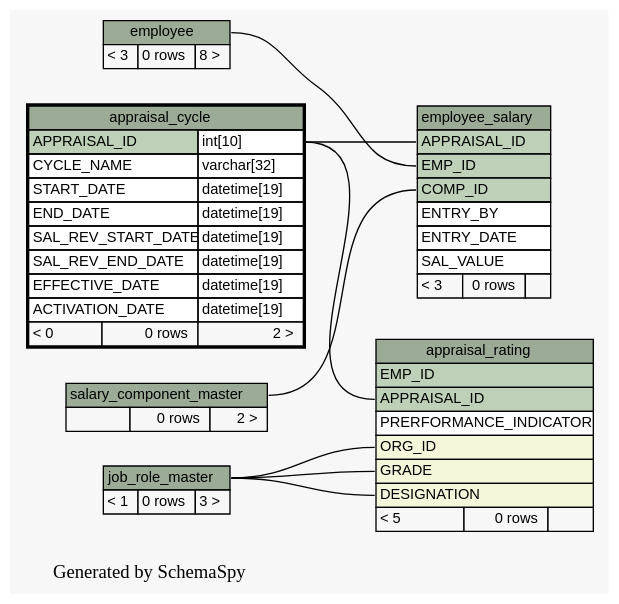
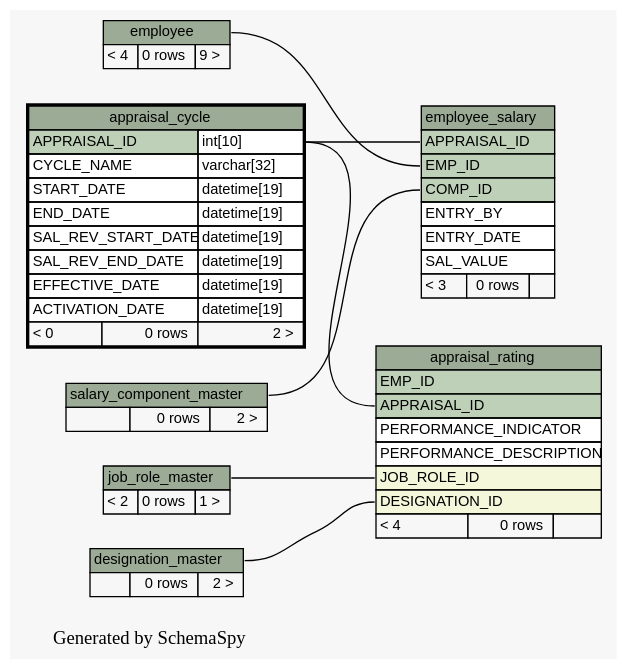
Before and after one commit to engineerscraft/hrms: the diagram in docs/database/schemaspy/graphs/appraisal_cycle.2degrees.dot, drawn with Graphviz. The commit also changed 201 other files, not shown here.

```diff
--- a/docs/database/schemaspy/graphs/appraisal_cycle.2degrees.dot
+++ b/docs/database/schemaspy/graphs/appraisal_cycle.2degrees.dot
@@ -1,98 +1,106 @@
 // dot 2.38.0 on Windows 7 6.1
 digraph "twoDegreesRelationshipsGraph" {
   graph [
     rankdir="RL"
     bgcolor="#f7f7f7"
     label="\nGenerated by SchemaSpy"
     labeljust="l"
   ];
   node [
     fontname="Helvetica"
     fontsize="11"
     shape="plaintext"
   ];
   edge [
     arrowsize="0.8"
   ];
   "appraisal_rating":"APPRAISAL_ID":w -> "appraisal_cycle":"APPRAISAL_ID.type":e [arrowtail=crowtee arrowhead=none];
-  "appraisal_rating":"DESIGNATION":w -> "job_role_master":"job_role_master.heading":e [arrowtail=crowodot arrowhead=none];
-  "appraisal_rating":"GRADE":w -> "job_role_master":"job_role_master.heading":e [arrowtail=crowodot arrowhead=none];
-  "appraisal_rating":"ORG_ID":w -> "job_role_master":"job_role_master.heading":e [arrowtail=crowodot arrowhead=none];
+  "appraisal_rating":"DESIGNATION_ID":w -> "designation_master":"designation_master.heading":e [arrowtail=crowodot arrowhead=none];
+  "appraisal_rating":"JOB_ROLE_ID":w -> "job_role_master":"job_role_master.heading":e [arrowtail=crowodot arrowhead=none];
   "employee_salary":"APPRAISAL_ID":w -> "appraisal_cycle":"APPRAISAL_ID.type":e [arrowtail=crowtee arrowhead=none];
   "employee_salary":"COMP_ID":w -> "salary_component_master":"salary_component_master.heading":e [arrowtail=crowtee arrowhead=none];
   "employee_salary":"EMP_ID":w -> "employee":"employee.heading":e [arrowtail=crowtee arrowhead=none];
   "appraisal_cycle" [
     label=<
     <TABLE BORDER="2" CELLBORDER="1" CELLSPACING="0" BGCOLOR="#ffffff">
       <TR><TD PORT="appraisal_cycle.heading" COLSPAN="3" BGCOLOR="#9bab96" ALIGN="CENTER">appraisal_cycle</TD></TR>
       <TR><TD PORT="APPRAISAL_ID" COLSPAN="2" BGCOLOR="#bed1b8" ALIGN="LEFT">APPRAISAL_ID</TD><TD PORT="APPRAISAL_ID.type" ALIGN="LEFT">int[10]</TD></TR>
       <TR><TD PORT="CYCLE_NAME" COLSPAN="2" ALIGN="LEFT">CYCLE_NAME</TD><TD PORT="CYCLE_NAME.type" ALIGN="LEFT">varchar[32]</TD></TR>
       <TR><TD PORT="START_DATE" COLSPAN="2" ALIGN="LEFT">START_DATE</TD><TD PORT="START_DATE.type" ALIGN="LEFT">datetime[19]</TD></TR>
       <TR><TD PORT="END_DATE" COLSPAN="2" ALIGN="LEFT">END_DATE</TD><TD PORT="END_DATE.type" ALIGN="LEFT">datetime[19]</TD></TR>
       <TR><TD PORT="SAL_REV_START_DATE" COLSPAN="2" ALIGN="LEFT">SAL_REV_START_DATE</TD><TD PORT="SAL_REV_START_DATE.type" ALIGN="LEFT">datetime[19]</TD></TR>
       <TR><TD PORT="SAL_REV_END_DATE" COLSPAN="2" ALIGN="LEFT">SAL_REV_END_DATE</TD><TD PORT="SAL_REV_END_DATE.type" ALIGN="LEFT">datetime[19]</TD></TR>
       <TR><TD PORT="EFFECTIVE_DATE" COLSPAN="2" ALIGN="LEFT">EFFECTIVE_DATE</TD><TD PORT="EFFECTIVE_DATE.type" ALIGN="LEFT">datetime[19]</TD></TR>
       <TR><TD PORT="ACTIVATION_DATE" COLSPAN="2" ALIGN="LEFT">ACTIVATION_DATE</TD><TD PORT="ACTIVATION_DATE.type" ALIGN="LEFT">datetime[19]</TD></TR>
       <TR><TD ALIGN="LEFT" BGCOLOR="#f7f7f7">&lt; 0</TD><TD ALIGN="RIGHT" BGCOLOR="#f7f7f7">0 rows</TD><TD ALIGN="RIGHT" BGCOLOR="#f7f7f7">2 &gt;</TD></TR>
     </TABLE>>
     URL="appraisal_cycle.html#"
     tooltip="appraisal_cycle"
   ];
   "appraisal_rating" [
     label=<
     <TABLE BORDER="0" CELLBORDER="1" CELLSPACING="0" BGCOLOR="#ffffff">
       <TR><TD PORT="appraisal_rating.heading" COLSPAN="3" BGCOLOR="#9bab96" ALIGN="CENTER">appraisal_rating</TD></TR>
       <TR><TD PORT="EMP_ID" COLSPAN="3" BGCOLOR="#bed1b8" ALIGN="LEFT">EMP_ID</TD></TR>
       <TR><TD PORT="APPRAISAL_ID" COLSPAN="3" BGCOLOR="#bed1b8" ALIGN="LEFT">APPRAISAL_ID</TD></TR>
-      <TR><TD PORT="PRERFORMANCE_INDICATOR" COLSPAN="3" ALIGN="LEFT">PRERFORMANCE_INDICATOR</TD></TR>
-      <TR><TD PORT="ORG_ID" COLSPAN="3" BGCOLOR="#f4f7da" ALIGN="LEFT">ORG_ID</TD></TR>
-      <TR><TD PORT="GRADE" COLSPAN="3" BGCOLOR="#f4f7da" ALIGN="LEFT">GRADE</TD></TR>
-      <TR><TD PORT="DESIGNATION" COLSPAN="3" BGCOLOR="#f4f7da" ALIGN="LEFT">DESIGNATION</TD></TR>
-      <TR><TD ALIGN="LEFT" BGCOLOR="#f7f7f7">&lt; 5</TD><TD ALIGN="RIGHT" BGCOLOR="#f7f7f7">0 rows</TD><TD ALIGN="RIGHT" BGCOLOR="#f7f7f7">  </TD></TR>
+      <TR><TD PORT="PERFORMANCE_INDICATOR" COLSPAN="3" ALIGN="LEFT">PERFORMANCE_INDICATOR</TD></TR>
+      <TR><TD PORT="PERFORMANCE_DESCRIPTION" COLSPAN="3" ALIGN="LEFT">PERFORMANCE_DESCRIPTION</TD></TR>
+      <TR><TD PORT="JOB_ROLE_ID" COLSPAN="3" BGCOLOR="#f4f7da" ALIGN="LEFT">JOB_ROLE_ID</TD></TR>
+      <TR><TD PORT="DESIGNATION_ID" COLSPAN="3" BGCOLOR="#f4f7da" ALIGN="LEFT">DESIGNATION_ID</TD></TR>
+      <TR><TD ALIGN="LEFT" BGCOLOR="#f7f7f7">&lt; 4</TD><TD ALIGN="RIGHT" BGCOLOR="#f7f7f7">0 rows</TD><TD ALIGN="RIGHT" BGCOLOR="#f7f7f7">  </TD></TR>
     </TABLE>>
     URL="appraisal_rating.html#graph"
     tooltip="appraisal_rating"
+  ];
+  "designation_master" [
+    label=<
+    <TABLE BORDER="0" CELLBORDER="1" CELLSPACING="0" BGCOLOR="#ffffff">
+      <TR><TD PORT="designation_master.heading" COLSPAN="3" BGCOLOR="#9bab96" ALIGN="CENTER">designation_master</TD></TR>
+      <TR><TD ALIGN="LEFT" BGCOLOR="#f7f7f7">  </TD><TD ALIGN="RIGHT" BGCOLOR="#f7f7f7">0 rows</TD><TD ALIGN="RIGHT" BGCOLOR="#f7f7f7">2 &gt;</TD></TR>
+    </TABLE>>
+    URL="designation_master.html#graph"
+    tooltip="designation_master"
   ];
   "employee" [
     label=<
     <TABLE BORDER="0" CELLBORDER="1" CELLSPACING="0" BGCOLOR="#ffffff">
       <TR><TD PORT="employee.heading" COLSPAN="3" BGCOLOR="#9bab96" ALIGN="CENTER">employee</TD></TR>
-      <TR><TD ALIGN="LEFT" BGCOLOR="#f7f7f7">&lt; 3</TD><TD ALIGN="RIGHT" BGCOLOR="#f7f7f7">0 rows</TD><TD ALIGN="RIGHT" BGCOLOR="#f7f7f7">8 &gt;</TD></TR>
+      <TR><TD ALIGN="LEFT" BGCOLOR="#f7f7f7">&lt; 4</TD><TD ALIGN="RIGHT" BGCOLOR="#f7f7f7">0 rows</TD><TD ALIGN="RIGHT" BGCOLOR="#f7f7f7">9 &gt;</TD></TR>
     </TABLE>>
     URL="employee.html#graph"
     tooltip="employee"
   ];
   "employee_salary" [
     label=<
     <TABLE BORDER="0" CELLBORDER="1" CELLSPACING="0" BGCOLOR="#ffffff">
       <TR><TD PORT="employee_salary.heading" COLSPAN="3" BGCOLOR="#9bab96" ALIGN="CENTER">employee_salary</TD></TR>
       <TR><TD PORT="APPRAISAL_ID" COLSPAN="3" BGCOLOR="#bed1b8" ALIGN="LEFT">APPRAISAL_ID</TD></TR>
       <TR><TD PORT="EMP_ID" COLSPAN="3" BGCOLOR="#bed1b8" ALIGN="LEFT">EMP_ID</TD></TR>
       <TR><TD PORT="COMP_ID" COLSPAN="3" BGCOLOR="#bed1b8" ALIGN="LEFT">COMP_ID</TD></TR>
       <TR><TD PORT="ENTRY_BY" COLSPAN="3" ALIGN="LEFT">ENTRY_BY</TD></TR>
       <TR><TD PORT="ENTRY_DATE" COLSPAN="3" ALIGN="LEFT">ENTRY_DATE</TD></TR>
       <TR><TD PORT="SAL_VALUE" COLSPAN="3" ALIGN="LEFT">SAL_VALUE</TD></TR>
       <TR><TD ALIGN="LEFT" BGCOLOR="#f7f7f7">&lt; 3</TD><TD ALIGN="RIGHT" BGCOLOR="#f7f7f7">0 rows</TD><TD ALIGN="RIGHT" BGCOLOR="#f7f7f7">  </TD></TR>
     </TABLE>>
     URL="employee_salary.html#graph"
     tooltip="employee_salary"
   ];
   "job_role_master" [
     label=<
     <TABLE BORDER="0" CELLBORDER="1" CELLSPACING="0" BGCOLOR="#ffffff">
       <TR><TD PORT="job_role_master.heading" COLSPAN="3" BGCOLOR="#9bab96" ALIGN="CENTER">job_role_master</TD></TR>
-      <TR><TD ALIGN="LEFT" BGCOLOR="#f7f7f7">&lt; 1</TD><TD ALIGN="RIGHT" BGCOLOR="#f7f7f7">0 rows</TD><TD ALIGN="RIGHT" BGCOLOR="#f7f7f7">3 &gt;</TD></TR>
+      <TR><TD ALIGN="LEFT" BGCOLOR="#f7f7f7">&lt; 2</TD><TD ALIGN="RIGHT" BGCOLOR="#f7f7f7">0 rows</TD><TD ALIGN="RIGHT" BGCOLOR="#f7f7f7">1 &gt;</TD></TR>
     </TABLE>>
     URL="job_role_master.html#graph"
     tooltip="job_role_master"
   ];
   "salary_component_master" [
     label=<
     <TABLE BORDER="0" CELLBORDER="1" CELLSPACING="0" BGCOLOR="#ffffff">
       <TR><TD PORT="salary_component_master.heading" COLSPAN="3" BGCOLOR="#9bab96" ALIGN="CENTER">salary_component_master</TD></TR>
       <TR><TD ALIGN="LEFT" BGCOLOR="#f7f7f7">  </TD><TD ALIGN="RIGHT" BGCOLOR="#f7f7f7">0 rows</TD><TD ALIGN="RIGHT" BGCOLOR="#f7f7f7">2 &gt;</TD></TR>
     </TABLE>>
     URL="salary_component_master.html#graph"
     tooltip="salary_component_master"
   ];
 }
```
